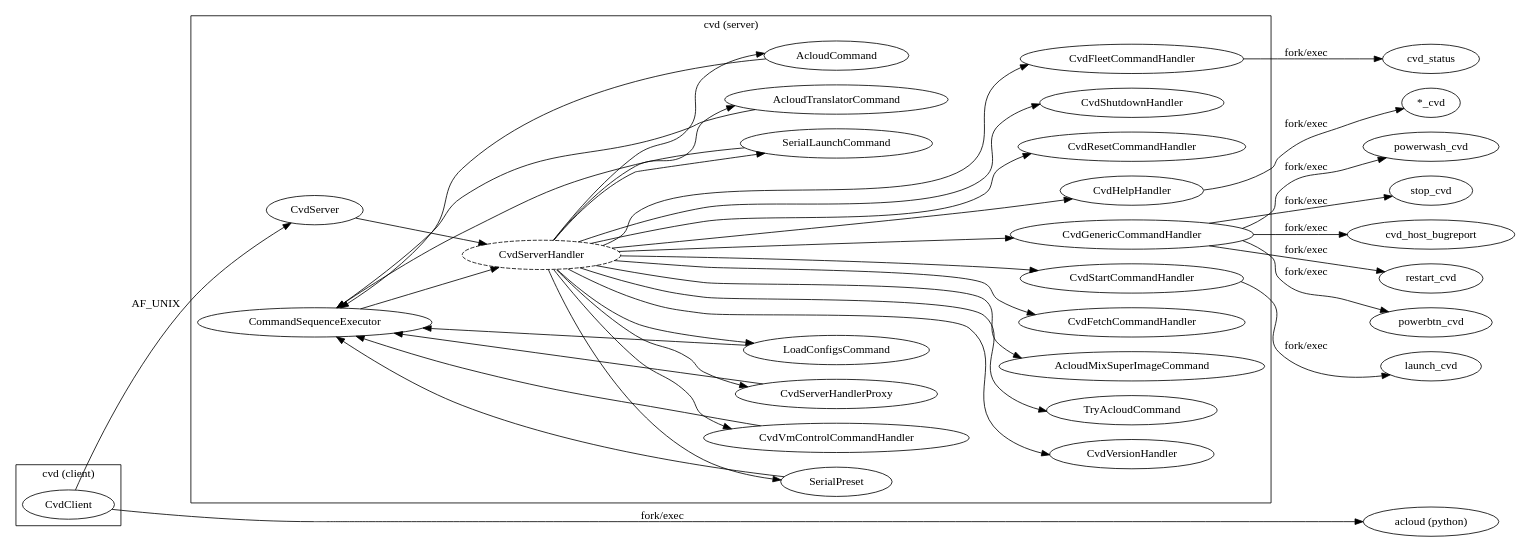
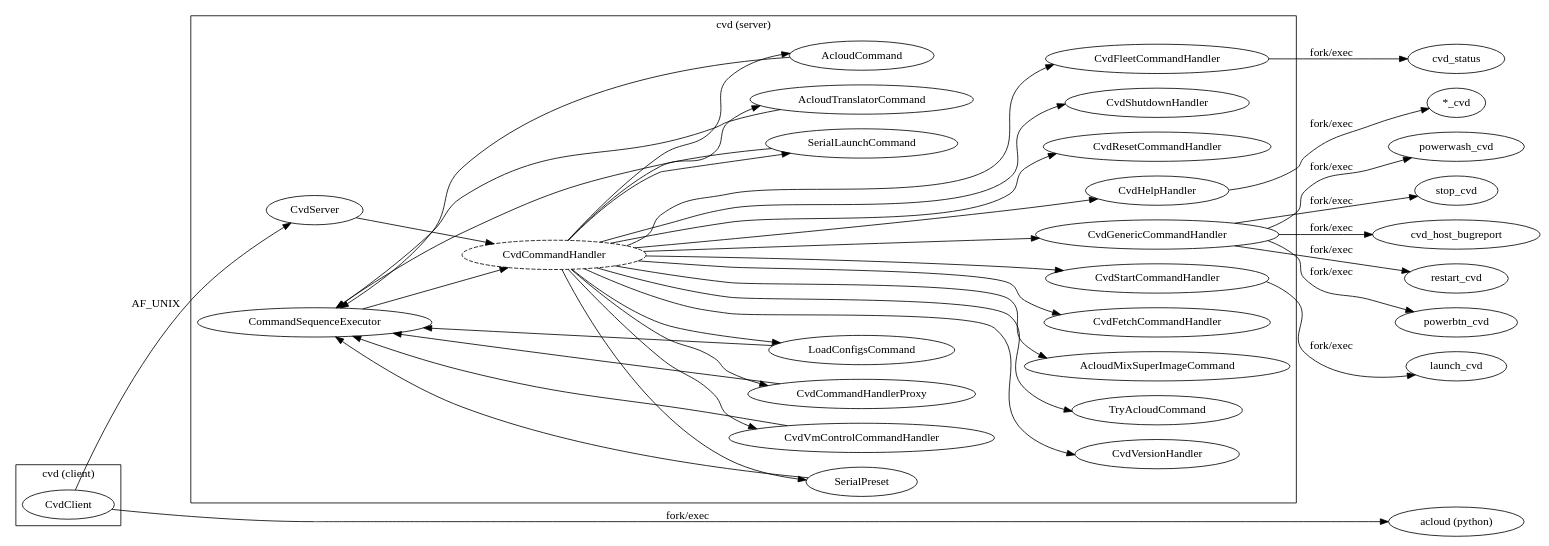
Before and after one commit to google/android-cuttlefish: the diagram in base/cvd/cuttlefish/host/commands/cvd/doc/all_handlers.dot, drawn with Graphviz. The commit also changed 60 other files, not shown here.

Commit message:
Rename CvdServerHandler as CvdCommandHandler

```diff
--- a/base/cvd/cuttlefish/host/commands/cvd/doc/all_handlers.dot
+++ b/base/cvd/cuttlefish/host/commands/cvd/doc/all_handlers.dot
@@ -1,94 +1,94 @@
 digraph {
   rankdir = "LR"
 
   subgraph cluster_cvd_client {
     label = "cvd (client)"
     CvdClient
   }
   subgraph cluster_cvd_server {
     label = "cvd (server)"
     CvdServer
-    CvdServerHandler [style = "dashed"]
+    CvdCommandHandler [style = "dashed"]
     CommandSequenceExecutor
 
     subgraph first_order_handlers {
       rank = same;
 
       AcloudMixSuperImageCommand
       CvdFetchCommandHandler
       CvdFleetCommandHandler
       CvdHelpHandler
       CvdGenericCommandHandler
       CvdResetCommandHandler
       CvdShutdownHandler
       CvdStartCommandHandler
       CvdVersionHandler
       TryAcloudCommand
     }
     subgraph second_order_handlers {
       rank = same;
 
       AcloudCommand
       AcloudTranslatorCommand
-      CvdServerHandlerProxy
+      CvdCommandHandlerProxy
       CvdVmControlCommandHandler
       LoadConfigsCommand
       SerialLaunchCommand
       SerialPreset
     }
   }
   subgraph device_executables {
     rank = same;
 
     launch_cvd
     restart_cvd
     powerbtn_cvd
     powerwash_cvd
     all_cvd [label = "*_cvd"]
     cvd_status
     stop_cvd
     cvd_host_bugreport
     acloud [label = "acloud (python)"]
   }
 
   CvdClient -> CvdServer [label = "AF_UNIX"]
   CvdClient -> acloud [label = "fork/exec"]
-  CvdServer -> CvdServerHandler
+  CvdServer -> CvdCommandHandler
 
-  CvdServerHandler -> TryAcloudCommand
-  CvdServerHandler -> AcloudTranslatorCommand
-  CvdServerHandler -> AcloudCommand
-  CvdServerHandler -> AcloudMixSuperImageCommand
-  CvdServerHandler -> CvdVmControlCommandHandler
-  CvdServerHandler -> CvdFetchCommandHandler
-  CvdServerHandler -> CvdFleetCommandHandler
-  CvdServerHandler -> CvdGenericCommandHandler [minlen = 2]
-  CvdServerHandler -> CvdServerHandlerProxy
-  CvdServerHandler -> CvdHelpHandler
-  CvdServerHandler -> LoadConfigsCommand
-  CvdServerHandler -> CvdResetCommandHandler
-  CvdServerHandler -> SerialLaunchCommand
-  CvdServerHandler -> SerialPreset
-  CvdServerHandler -> CvdShutdownHandler
-  CvdServerHandler -> CvdStartCommandHandler
-  CvdServerHandler -> CvdVersionHandler
+  CvdCommandHandler -> TryAcloudCommand
+  CvdCommandHandler -> AcloudTranslatorCommand
+  CvdCommandHandler -> AcloudCommand
+  CvdCommandHandler -> AcloudMixSuperImageCommand
+  CvdCommandHandler -> CvdVmControlCommandHandler
+  CvdCommandHandler -> CvdFetchCommandHandler
+  CvdCommandHandler -> CvdFleetCommandHandler
+  CvdCommandHandler -> CvdGenericCommandHandler [minlen = 2]
+  CvdCommandHandler -> CvdCommandHandlerProxy
+  CvdCommandHandler -> CvdHelpHandler
+  CvdCommandHandler -> LoadConfigsCommand
+  CvdCommandHandler -> CvdResetCommandHandler
+  CvdCommandHandler -> SerialLaunchCommand
+  CvdCommandHandler -> SerialPreset
+  CvdCommandHandler -> CvdShutdownHandler
+  CvdCommandHandler -> CvdStartCommandHandler
+  CvdCommandHandler -> CvdVersionHandler
 
   CommandSequenceExecutor -> AcloudTranslatorCommand [dir = "back"]
   CommandSequenceExecutor -> AcloudCommand [dir = "back"]
-  CommandSequenceExecutor -> CvdServerHandlerProxy [dir = "back"]
+  CommandSequenceExecutor -> CvdCommandHandlerProxy [dir = "back"]
   CommandSequenceExecutor -> LoadConfigsCommand [dir = "back"]
   CommandSequenceExecutor -> SerialPreset [dir = "back"]
   CommandSequenceExecutor -> SerialLaunchCommand [dir = "back"]
   CommandSequenceExecutor -> CvdVmControlCommandHandler [dir = "back"]
 
-  CommandSequenceExecutor -> CvdServerHandler
+  CommandSequenceExecutor -> CvdCommandHandler
 
   CvdStartCommandHandler -> launch_cvd [label = "fork/exec"]
   CvdGenericCommandHandler -> restart_cvd [label = "fork/exec"]
   CvdGenericCommandHandler -> powerbtn_cvd [label = "fork/exec"]
   CvdGenericCommandHandler -> powerwash_cvd [label = "fork/exec"]
   CvdHelpHandler -> all_cvd [label = "fork/exec"]
   CvdFleetCommandHandler -> cvd_status [label = "fork/exec"]
   CvdGenericCommandHandler -> stop_cvd [label = "fork/exec"]
   CvdGenericCommandHandler -> cvd_host_bugreport [label = "fork/exec"]
 }
```
